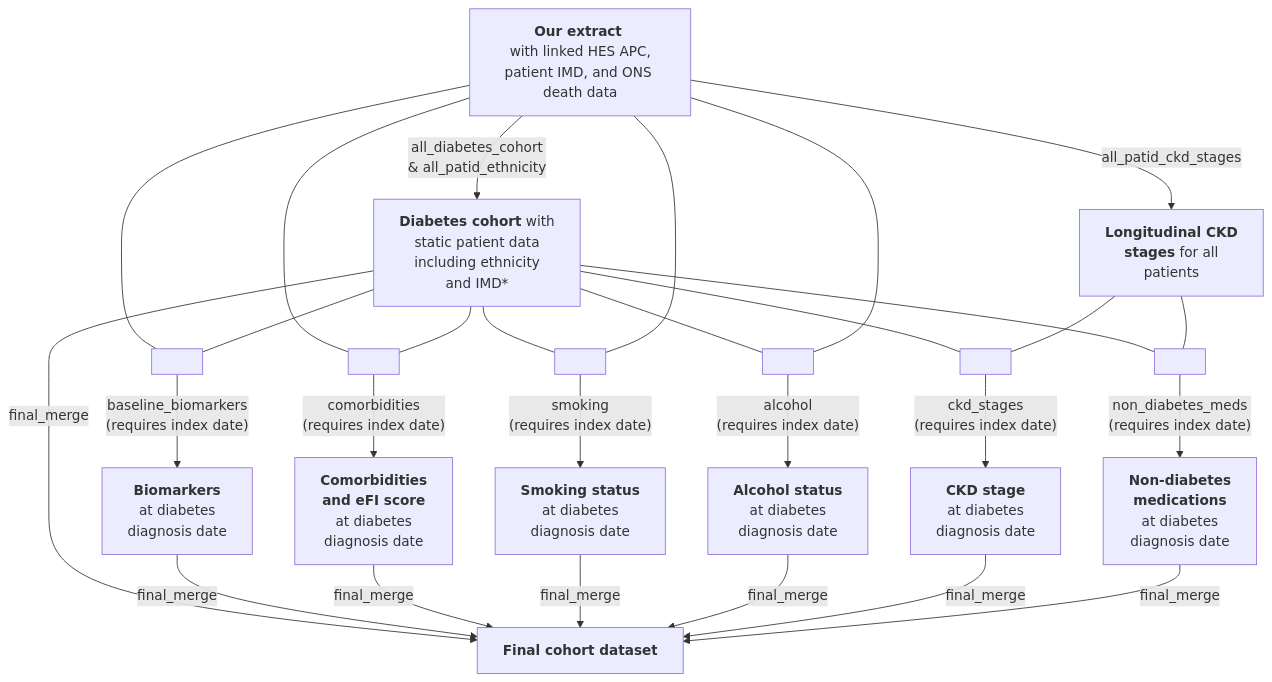
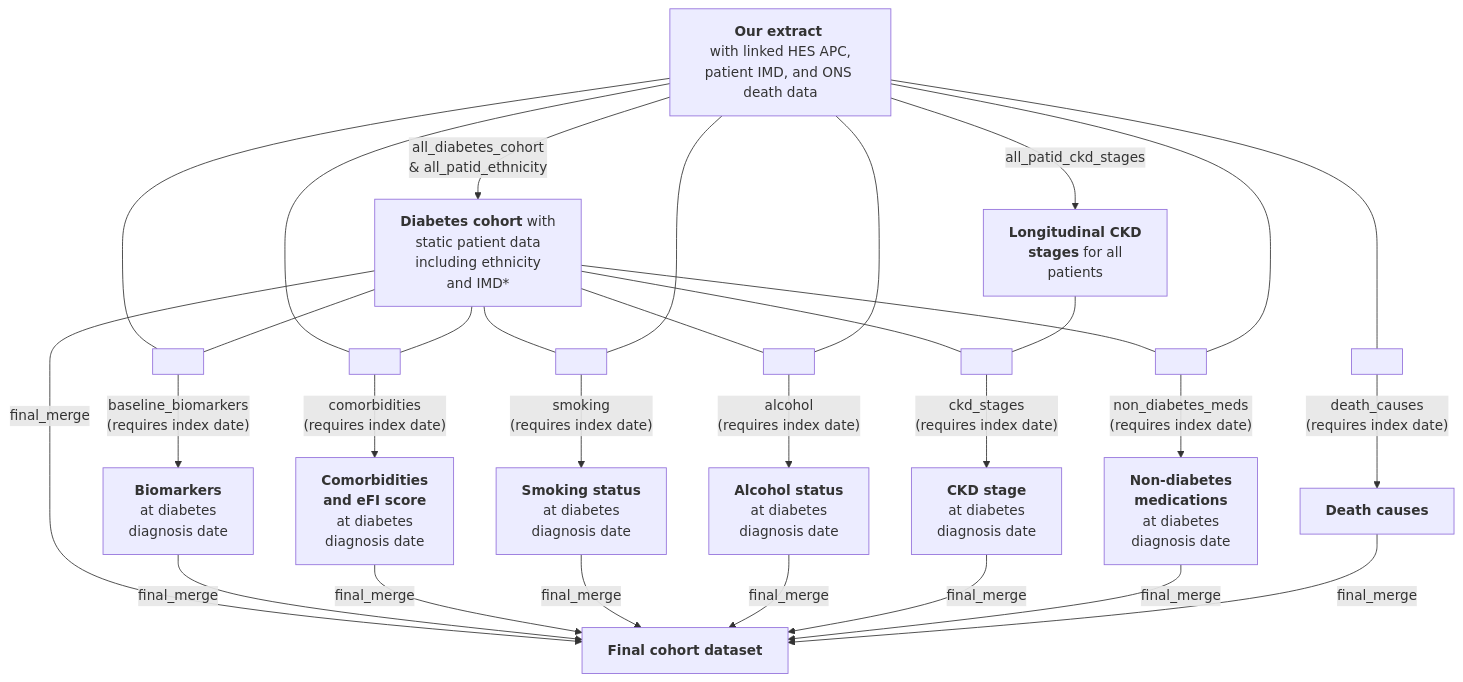
The diagram in 01-At-diagnosis/README.md (Exeter-Diabetes/CPRD-Cohort-scripts), drawn with Mermaid before and after one commit.

````diff
--- a/01-At-diagnosis/README.md
+++ b/01-At-diagnosis/README.md
@@ -11,37 +11,41 @@
 ```mermaid
 graph TD;
     A["<b>Our extract</b> <br> with linked HES APC, patient IMD, and ONS death data"] --> |"all_diabetes_cohort <br> & all_patid_ethnicity"|B["<b>Diabetes cohort</b> with <br> static patient data <br> including ethnicity <br> and IMD*"]
     A-->|"all_patid_ckd_stages"|C["<b>Longitudinal CKD <br> stages</b> for all <br> patients"]
+
+    A---S[ ]:::empty
+    S-->|"death_causes <br> (requires index date)"|L["<b>Death causes</b>"]
 
     A---M[ ]:::empty
     B---M
     M-->|"baseline_biomarkers <br> (requires index date)"|E["<b>Biomarkers</b> <br> at diabetes <br> diagnosis date"]
    
     A---N[ ]:::empty
     B---N
     N-->|"comorbidities <br> (requires index date)"|F["<b>Comorbidities<br>and eFI score</b> <br> at diabetes <br> diagnosis date"]
 
     B---O[ ]:::empty
     A---O
     O-->|"smoking <br> (requires index date)"|G["<b>Smoking status</b> <br> at diabetes <br> diagnosis date"]
     
     B---P[ ]:::empty
     A---P
     P-->|"alcohol <br> (requires index date)"|H["<b>Alcohol status</b> <br> at diabetes <br> diagnosis date"]
-    
+
+    B---R[ ]:::empty
+    A---R
+    R-->|"non_diabetes_meds <br> (requires index date)"|K["<b>Non-diabetes<br>medications</b> <br> at diabetes <br> diagnosis date"]
+
     B---Q[ ]:::empty
     C---Q
     Q-->|"ckd_stages <br> (requires index date)"|I["<b>CKD stage </b> <br> at diabetes <br> diagnosis date"]
-
-    B---R[ ]:::empty
-    C---R
-    R-->|"non_diabetes_meds <br> (requires index date)"|K["<b>Non-diabetes<br>medications</b> <br> at diabetes <br> diagnosis date"]
 
     B-->|"final_merge"|J["<b>Final cohort dataset</b>"]
     E-->|"final_merge"|J
     F-->|"final_merge"|J
     G-->|"final_merge"|J
     H-->|"final_merge"|J
     I-->|"final_merge"|J
     K-->|"final_merge"|J
+    L-->|"final_merge"|J
 ```
````
